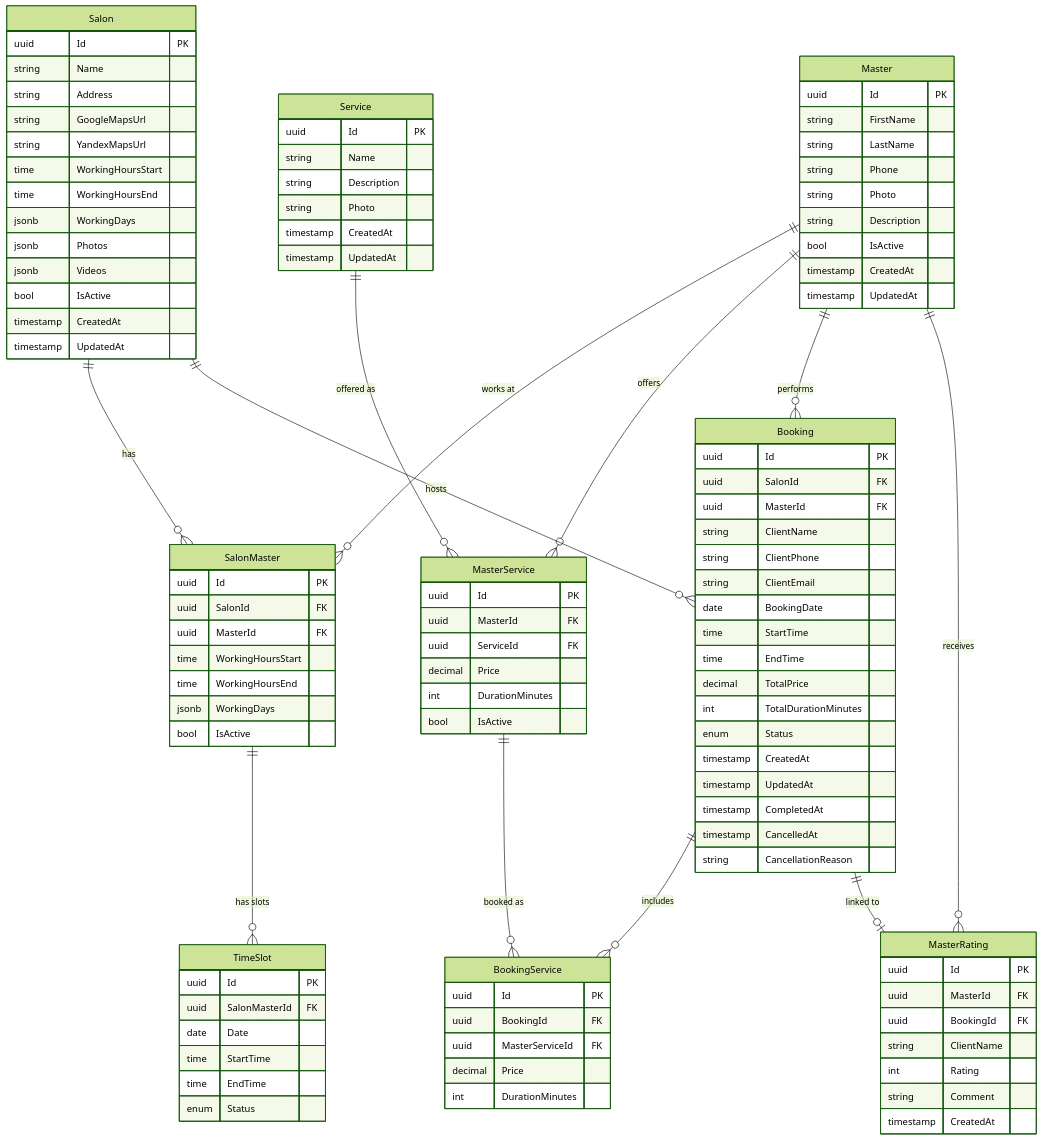
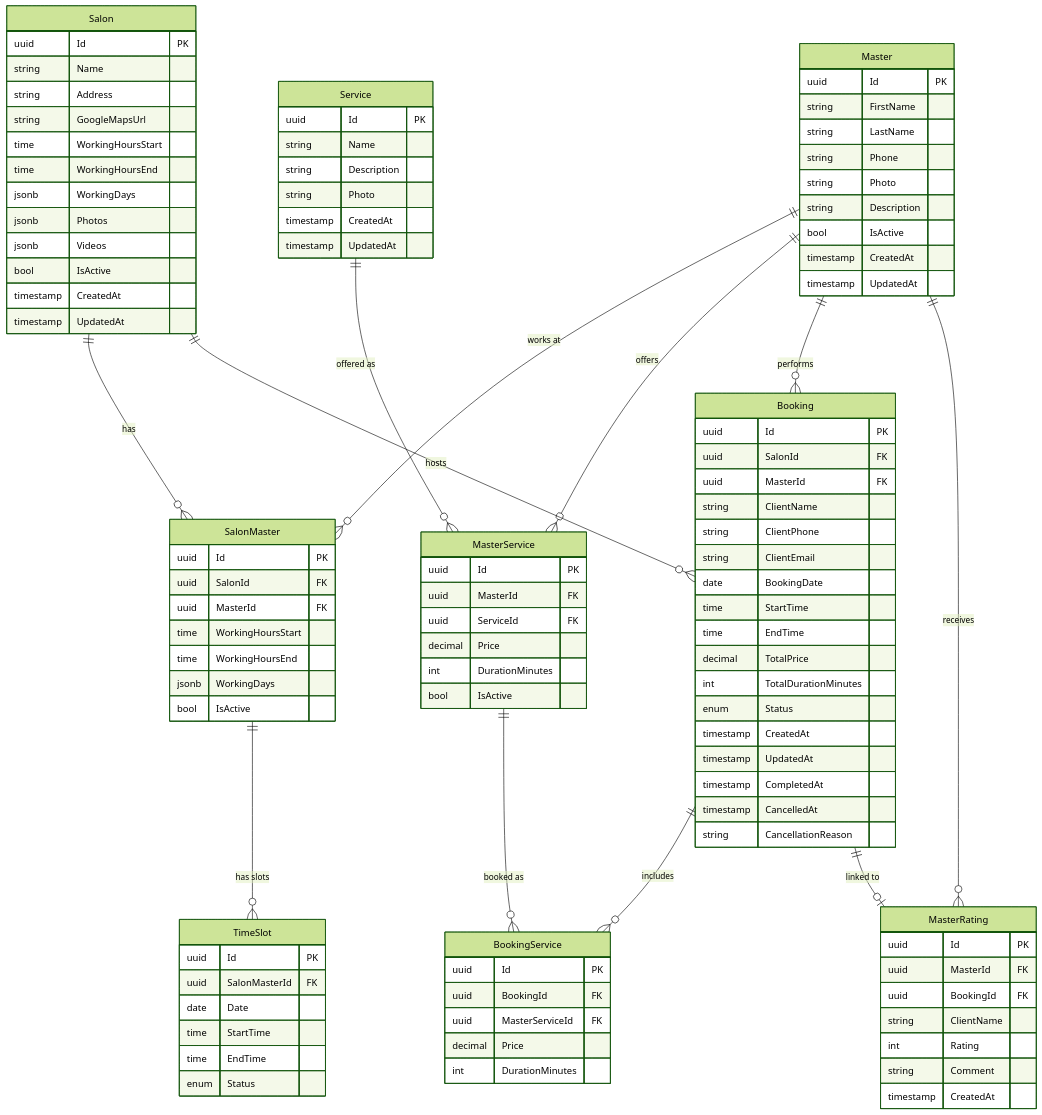
Before and after one commit to whoisyouridol/bookio: the diagram in docs/ARCHITECTURE.md, drawn with Mermaid (forest theme). The commit also changed other lines of this file and 23 other files, not shown here.

```diff
--- a/docs/ARCHITECTURE.md
+++ b/docs/ARCHITECTURE.md
@@ -45,7 +45,6 @@
         string Name
         string Address
         string GoogleMapsUrl
-        string YandexMapsUrl
         time WorkingHoursStart
         time WorkingHoursEnd
         jsonb WorkingDays
```
